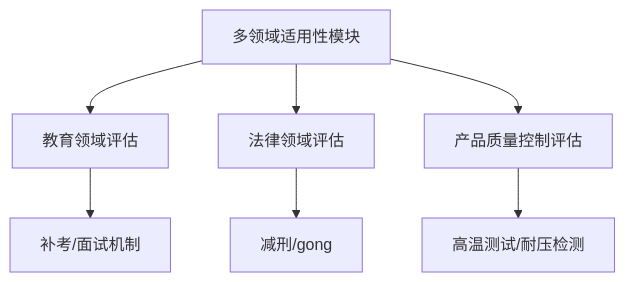
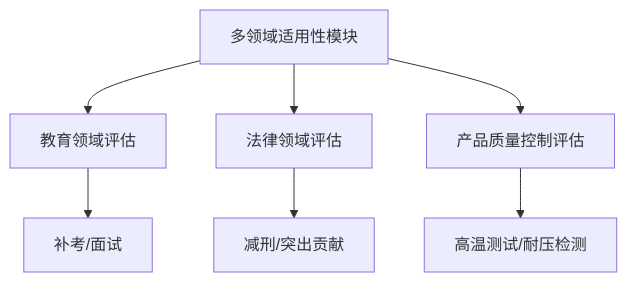
One commit to RNGMARTIN/iodraw-files changed the diagram in all/未命名-2.md. Above: the diagram before and after it, drawn with Mermaid.

Commit message:
2025-07-31 08:47:36 update

````diff
--- a/all/未命名-2.md
+++ b/all/未命名-2.md
@@ -1,10 +1,10 @@
 ```mermaid
 graph TB
     A[多领域适用性模块] --> B[教育领域评估]
     A --> C[法律领域评估]
     A --> D[产品质量控制评估]
-    B --> B1[补考/面试机制]
-    C --> C1[减刑/gong]
+    B --> B1[补考/面试]
+    C --> C1[减刑/突出贡献]
     D --> D1[高温测试/耐压检测]
 
 ```
````
